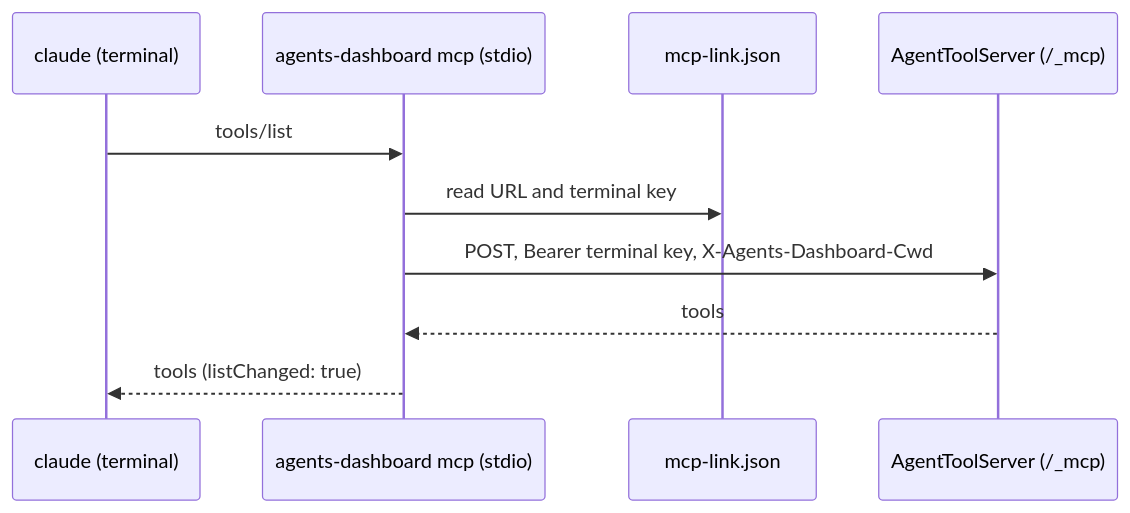
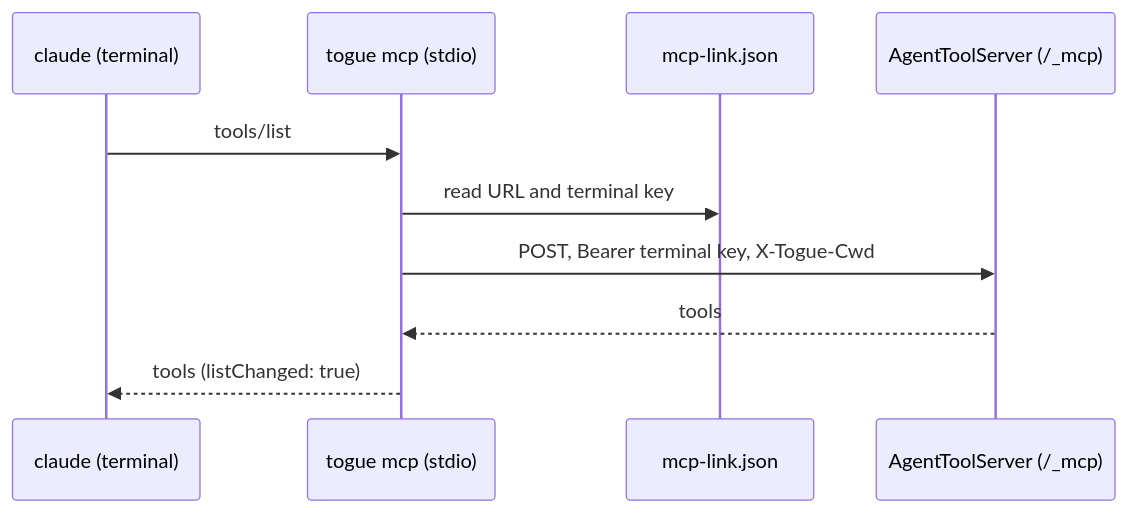
The eighth of 10 diagrams in docs/extensions.md (BradenTerry/Tog), drawn with Mermaid before and after one commit. The commit also changed other lines of this file and 483 other files, not shown here.

First line of the commit message:
Rename the app from Agents Dashboard to Togue

````diff
--- a/docs/extensions.md
+++ b/docs/extensions.md
@@ -442,12 +442,12 @@
 ```mermaid
 sequenceDiagram
     participant C as claude (terminal)
-    participant B as agents-dashboard mcp (stdio)
+    participant B as togue mcp (stdio)
     participant L as mcp-link.json
     participant S as AgentToolServer (/_mcp)
     C->>B: tools/list
     B->>L: read URL and terminal key
-    B->>S: POST, Bearer terminal key, X-Agents-Dashboard-Cwd
+    B->>S: POST, Bearer terminal key, X-Togue-Cwd
     S-->>B: tools
     B-->>C: tools (listChanged: true)
 ```
````
